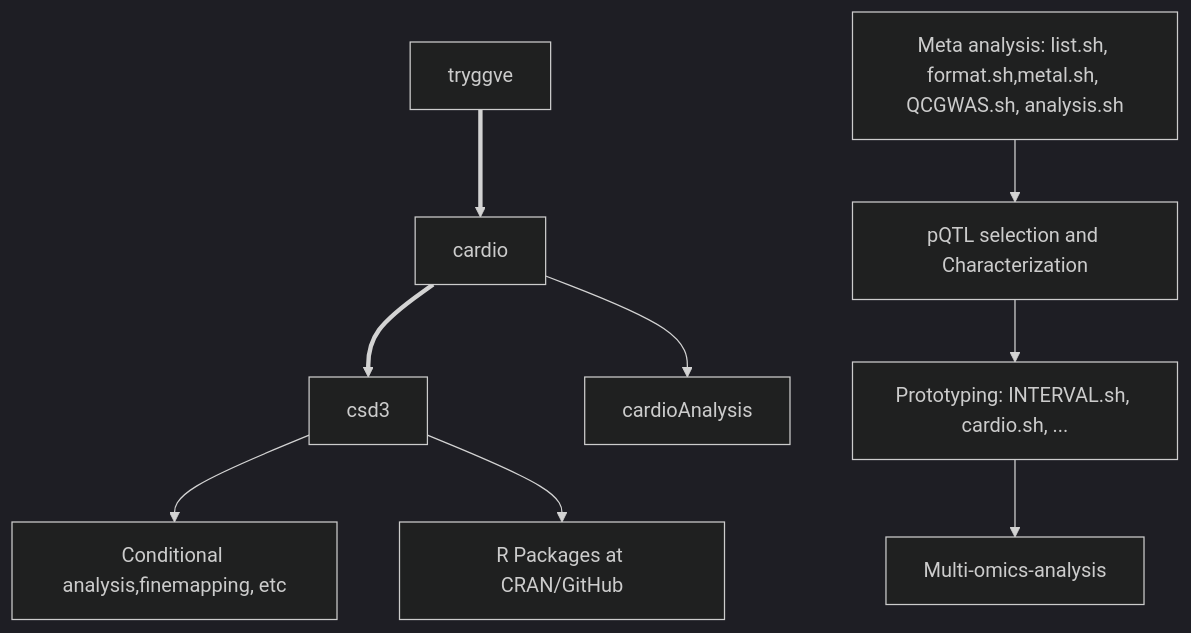
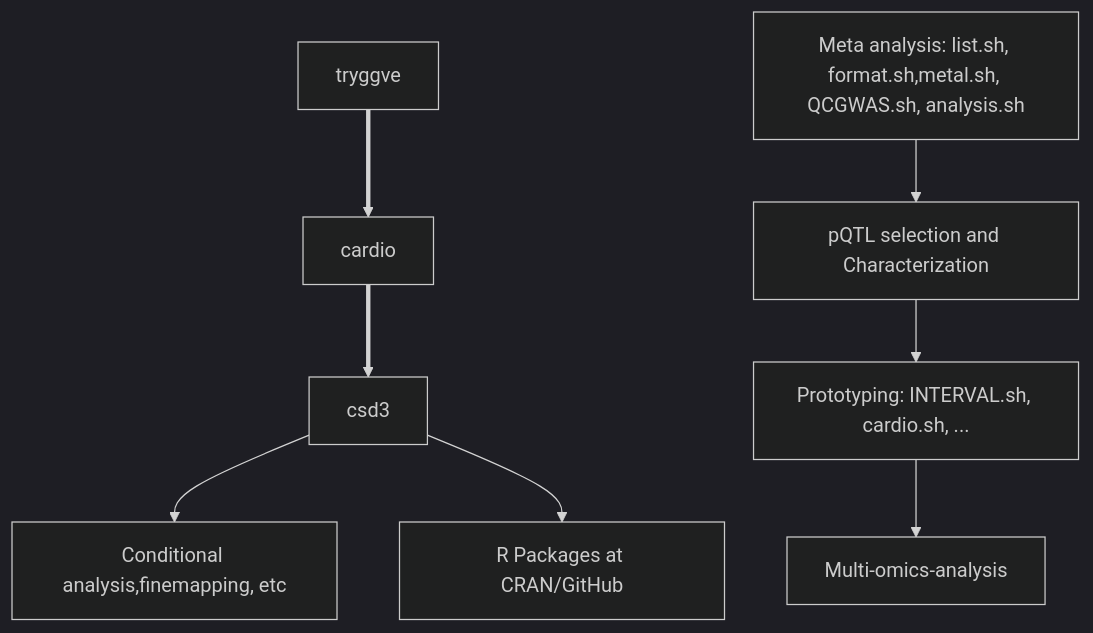
One commit to jinghuazhao/INF changed the first of 2 diagrams in docs/README.md. Above: the diagram before and after it, drawn with Mermaid (dark theme).

````diff
--- a/docs/README.md
+++ b/docs/README.md
@@ -7,11 +7,10 @@
 ```mermaid
 graph TB;
   tryggve ==> cardio;
   cardio ==> csd3;
-  cardio --> cardioAnalysis;
   csd3 --> csd3Analysis[Conditional analysis,finemapping, etc];
   csd3 --> software[R Packages at CRAN/GitHub]; 
   tryggveAnalysis[Meta analysis: list.sh, format.sh,metal.sh, QCGWAS.sh, analysis.sh] --> GWAS[pQTL selection and Characterization];
   GWAS --> Prototyping[Prototyping: INTERVAL.sh, cardio.sh, ...];
   Prototyping --> Multi-omics-analysis;
 ```
````
